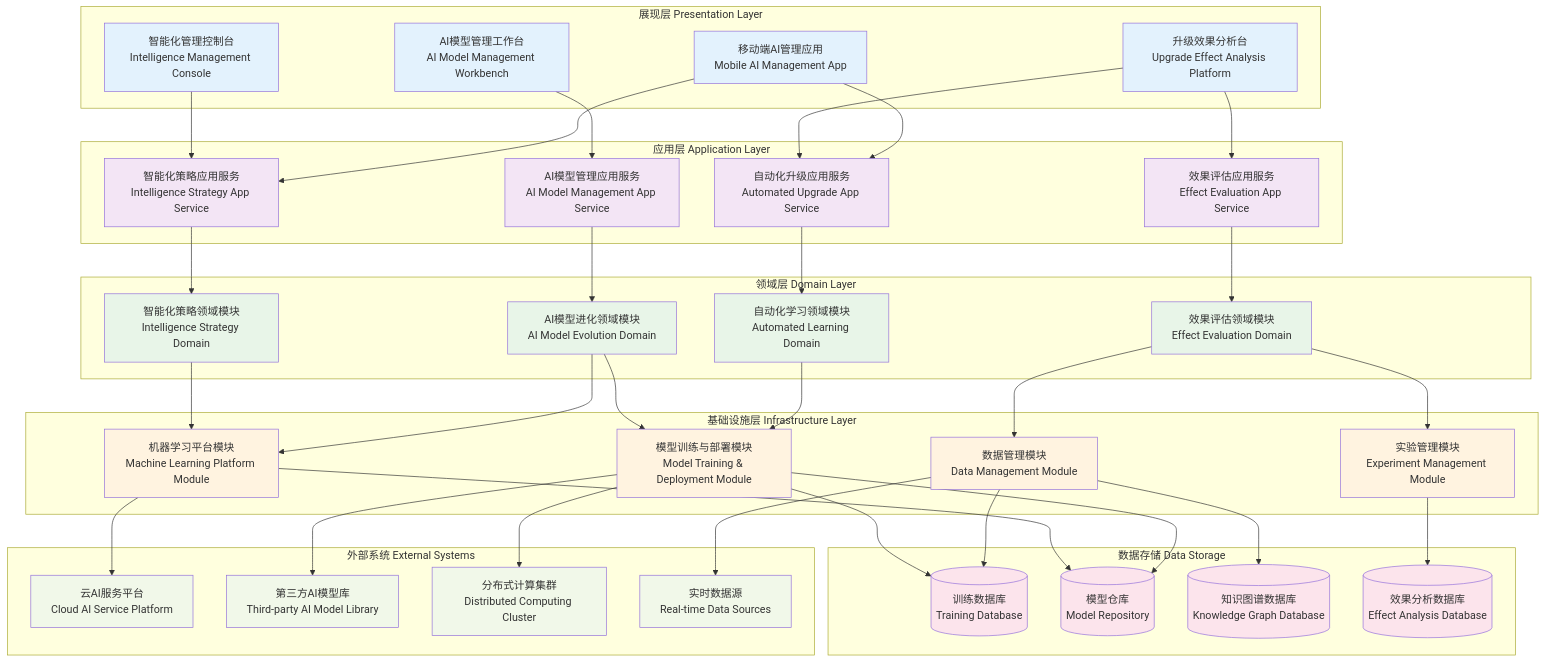
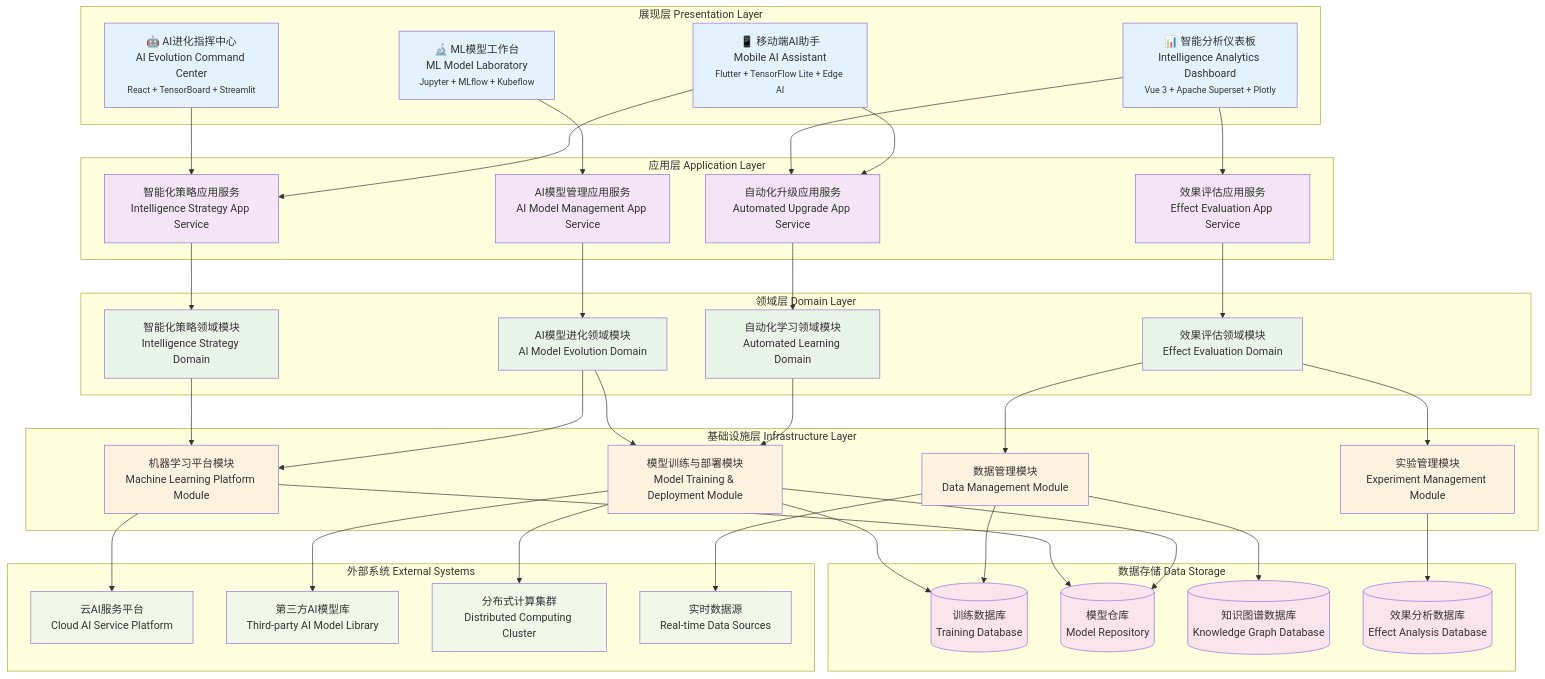
The diagram in 24.2.10_intelligent_upgrade_architecture.md (xsl625/-), drawn with Mermaid before and after one commit. The commit also changed other lines of this file and 9 other files, not shown here.

Commit message:
Enhance architecture docs with detailed technical insights and modern tech stack

````diff
--- a/24.2.10_intelligent_upgrade_architecture.md
+++ b/24.2.10_intelligent_upgrade_architecture.md
@@ -8,10 +14,10 @@
 ```mermaid
 graph TB
     subgraph "展现层 Presentation Layer"
-        A[智能化管理控制台<br/>Intelligence Management Console]
-        B[AI模型管理工作台<br/>AI Model Management Workbench]
-        C[升级效果分析台<br/>Upgrade Effect Analysis Platform]
-        D[移动端AI管理应用<br/>Mobile AI Management App]
+        A[🤖 AI进化指挥中心<br/>AI Evolution Command Center<br/><small>React + TensorBoard + Streamlit</small>]
+        B[🔬 ML模型工作台<br/>ML Model Laboratory<br/><small>Jupyter + MLflow + Kubeflow</small>]
+        C[📊 智能分析仪表板<br/>Intelligence Analytics Dashboard<br/><small>Vue 3 + Apache Superset + Plotly</small>]
+        D[📱 移动端AI助手<br/>Mobile AI Assistant<br/><small>Flutter + TensorFlow Lite + Edge AI</small>]
     end
     
     subgraph "应用层 Application Layer"
````
